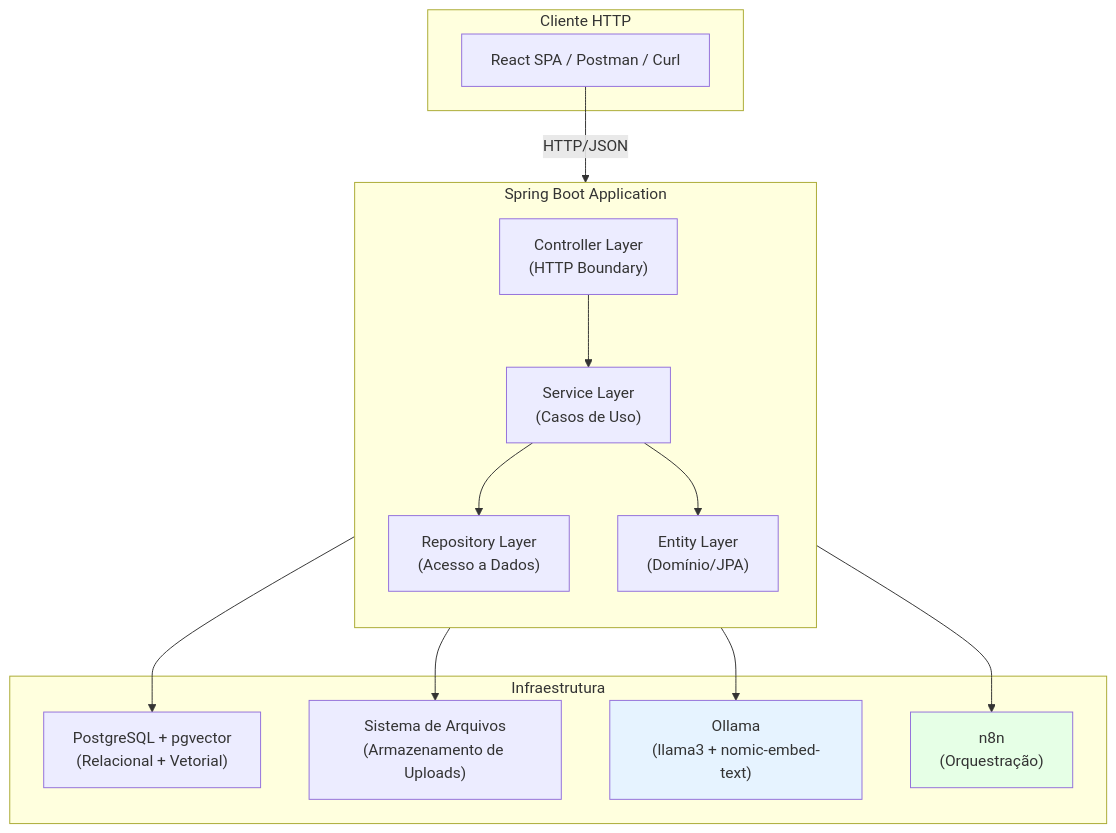
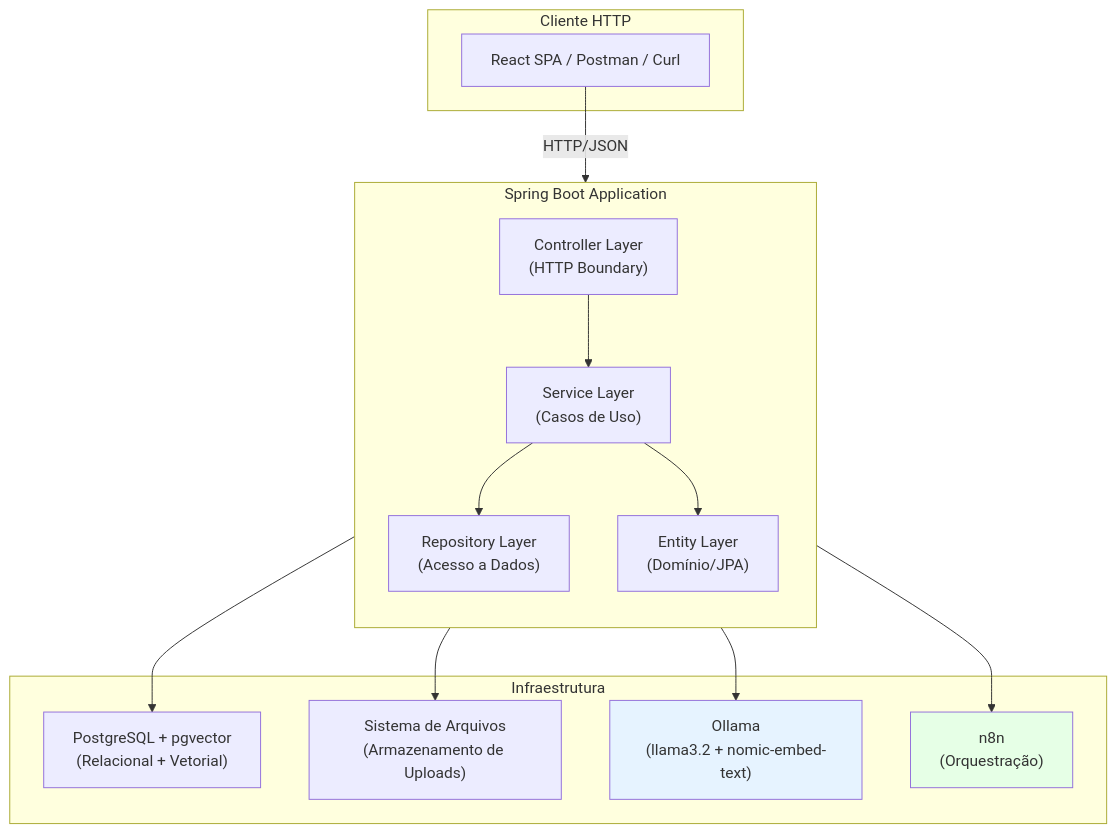
The first of 9 diagrams in doc/SYSTEM_DOCS_BACKEND.md (raylaferreira-coder/API_IA), drawn with Mermaid before and after one commit. The commit also changed other lines of this file and 69 other files, not shown here.

````diff
--- a/doc/SYSTEM_DOCS_BACKEND.md
+++ b/doc/SYSTEM_DOCS_BACKEND.md
@@ -82,34 +82,34 @@
 ```mermaid
 flowchart TB
     subgraph Cliente["Cliente HTTP"]
         A["React SPA / Postman / Curl"]
     end
 
     subgraph SpringBoot["Spring Boot Application"]
         direction TB
         B["Controller Layer<br/>(HTTP Boundary)"]
         C["Service Layer<br/>(Casos de Uso)"]
         D["Repository Layer<br/>(Acesso a Dados)"]
         E["Entity Layer<br/>(Domínio/JPA)"]
 
         B --> C
         C --> D
         C --> E
     end
 
     subgraph Infra["Infraestrutura"]
         F["PostgreSQL + pgvector<br/>(Relacional + Vetorial)"]
         G["Sistema de Arquivos<br/>(Armazenamento de Uploads)"]
-        H["Ollama<br/>(llama3 + nomic-embed-text)"]
+        H["Ollama<br/>(llama3.2 + nomic-embed-text)"]
         I["n8n<br/>(Orquestração)"]
     end
 
     A -->|HTTP/JSON| B
     D --> F
     C --> G
     C --> H
     C --> I
 
     style H fill:#e6f3ff
     style I fill:#e6ffe6
 ```
````
